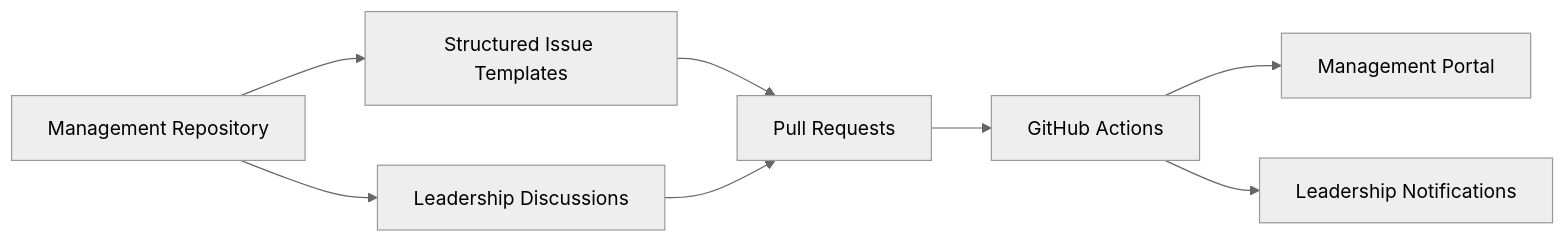
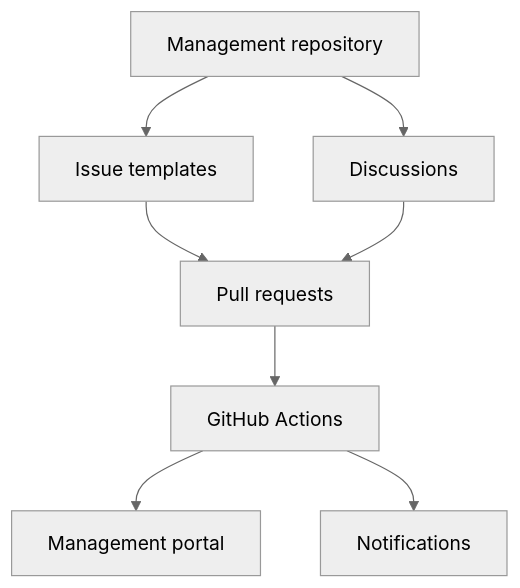
Before and after one commit to Geonitab/architecture_as_code: the diagram in docs/images/diagram_19_github_management_flow.mmd, drawn with Mermaid (neutral theme). The commit also changed 56 other files, not shown here.

First line of the commit message:
Make Mermaid figures legible: fewer elements, narrower, one message each

```diff
--- a/docs/images/diagram_19_github_management_flow.mmd
+++ b/docs/images/diagram_19_github_management_flow.mmd
@@ -1,17 +1,17 @@
 %% GitHub workflow for management artefacts
-flowchart LR
-    Repo[Management Repository]:::kv-primary
-    Issues[Structured Issue Templates]:::kv-highlight
-    Discussions[Leadership Discussions]:::kv-highlight
-    PRs[Pull Requests]:::kv-accent
+flowchart TB
+    Repo[Management repository]:::kv-primary
+    Issues[Issue templates]:::kv-highlight
+    Discussions[Discussions]:::kv-highlight
+    PRs[Pull requests]:::kv-accent
     Actions[GitHub Actions]:::kv-accent
-    Portal[Management Portal]:::kv-primary
-    Alerts[Leadership Notifications]:::kv-pattern
+    Portal[Management portal]:::kv-primary
+    Alerts[Notifications]:::kv-pattern
 
     Repo --> Issues
     Repo --> Discussions
     Issues --> PRs
     Discussions --> PRs
     PRs --> Actions
     Actions --> Portal
     Actions --> Alerts
```
